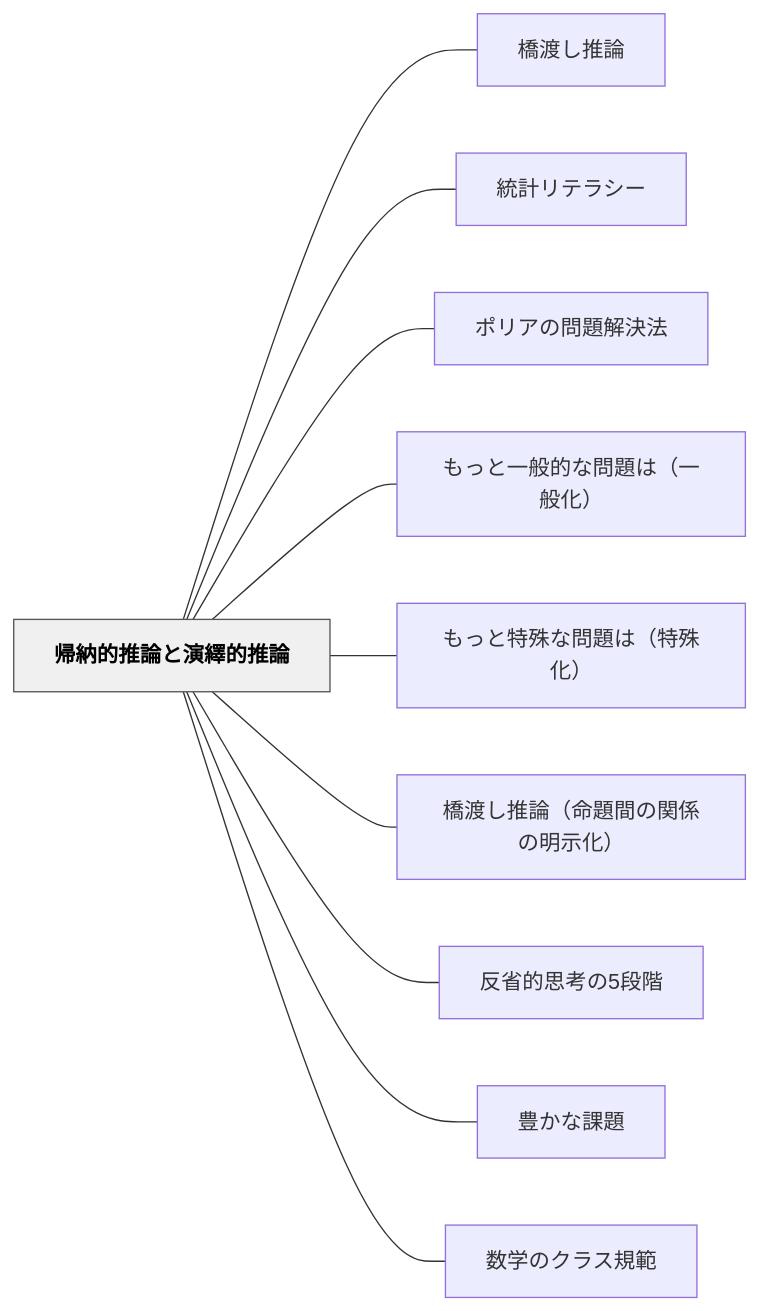
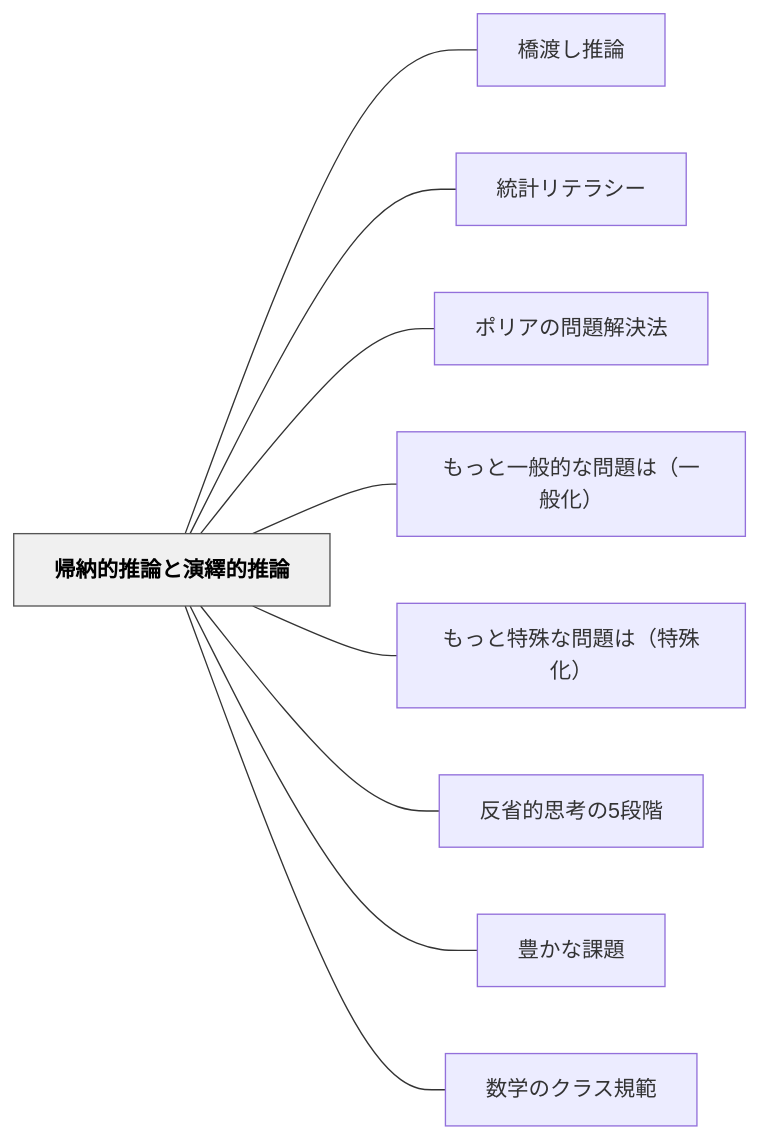
Before and after one commit to unknownthings-ed-patterns/unknownthings-ed-patterns: the diagram in content/パタン/帰納的推論と演繹的推論.md, drawn with Mermaid. The commit also changed other lines of this file and 18 other files, not shown here.

````diff
--- a/content/パタン/帰納的推論と演繹的推論.md
+++ b/content/パタン/帰納的推論と演繹的推論.md
@@ -151,26 +150,24 @@
 ```mermaid
 flowchart LR
     ne5b8b0e7b48de79a84e68ea8e8ab96e381a8e6bc94e7b9b9e79a84e68ea8e8ab96["帰納的推論と演繹的推論"]
     ne6a98be6b8a1e38197e68ea8e8ab96["橋渡し推論"]
     ne7b5b1e8a888e383aae38386e383a9e382b7e383bc["統計リテラシー"]
     ne3839de383aae382a2e381aee5958fe9a18ce8a7a3e6b1bae6b395["ポリアの問題解決法"]
     ne38282e381a3e381a8e4b880e888ace79a84e381aae5958fe9a18ce381afefbc88e4b880e888ace58c96efbc89["もっと一般的な問題は（一般化）"]
     ne38282e381a3e381a8e789b9e6ae8ae381aae5958fe9a18ce381afefbc88e789b9e6ae8ae58c96efbc89["もっと特殊な問題は（特殊化）"]
-    ne6a98be6b8a1e38197e68ea8e8ab96efbc88e591bde9a18ce99693e381aee996a2e4bf82e381aee6988ee7a4bae58c96efbc89["橋渡し推論（命題間の関係の明示化）"]
     ne58f8de79c81e79a84e6809de88083e381ae35e6aeb5e99a8e["反省的思考の5段階"]
     ne8b18ae3818be381aae8aab2e9a18c["豊かな課題"]
     ne695b0e5ada6e381aee382afe383a9e382b9e8a68fe7af84["数学のクラス規範"]
 
     ne5b8b0e7b48de79a84e68ea8e8ab96e381a8e6bc94e7b9b9e79a84e68ea8e8ab96 --- ne6a98be6b8a1e38197e68ea8e8ab96
     ne5b8b0e7b48de79a84e68ea8e8ab96e381a8e6bc94e7b9b9e79a84e68ea8e8ab96 --- ne7b5b1e8a888e383aae38386e383a9e382b7e383bc
     ne5b8b0e7b48de79a84e68ea8e8ab96e381a8e6bc94e7b9b9e79a84e68ea8e8ab96 --- ne3839de383aae382a2e381aee5958fe9a18ce8a7a3e6b1bae6b395
     ne5b8b0e7b48de79a84e68ea8e8ab96e381a8e6bc94e7b9b9e79a84e68ea8e8ab96 --- ne38282e381a3e381a8e4b880e888ace79a84e381aae5958fe9a18ce381afefbc88e4b880e888ace58c96efbc89
     ne5b8b0e7b48de79a84e68ea8e8ab96e381a8e6bc94e7b9b9e79a84e68ea8e8ab96 --- ne38282e381a3e381a8e789b9e6ae8ae381aae5958fe9a18ce381afefbc88e789b9e6ae8ae58c96efbc89
-    ne5b8b0e7b48de79a84e68ea8e8ab96e381a8e6bc94e7b9b9e79a84e68ea8e8ab96 --- ne6a98be6b8a1e38197e68ea8e8ab96efbc88e591bde9a18ce99693e381aee996a2e4bf82e381aee6988ee7a4bae58c96efbc89
     ne5b8b0e7b48de79a84e68ea8e8ab96e381a8e6bc94e7b9b9e79a84e68ea8e8ab96 --- ne58f8de79c81e79a84e6809de88083e381ae35e6aeb5e99a8e
     ne5b8b0e7b48de79a84e68ea8e8ab96e381a8e6bc94e7b9b9e79a84e68ea8e8ab96 --- ne8b18ae3818be381aae8aab2e9a18c
     ne5b8b0e7b48de79a84e68ea8e8ab96e381a8e6bc94e7b9b9e79a84e68ea8e8ab96 --- ne695b0e5ada6e381aee382afe383a9e382b9e8a68fe7af84
 
     classDef hub fill:#f0f0f0,stroke:#555,color:#000,font-weight:bold
     class ne5b8b0e7b48de79a84e68ea8e8ab96e381a8e6bc94e7b9b9e79a84e68ea8e8ab96 hub
 ```
````
